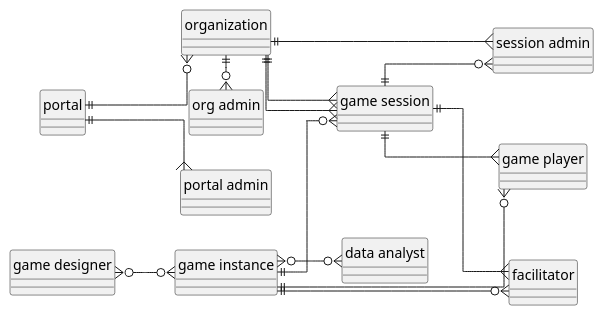
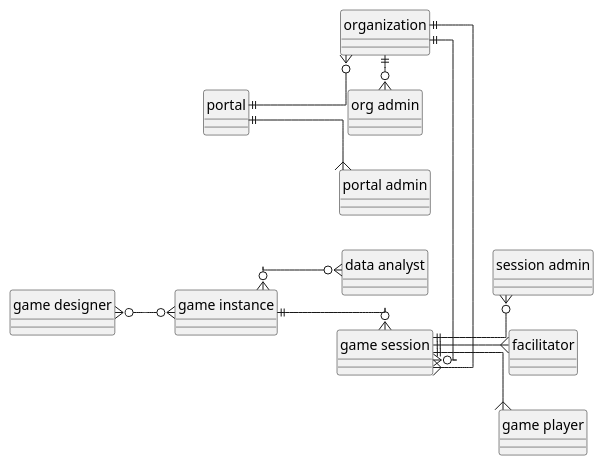
The diagram in doc/1-scope/diagrams/stakeholders.puml (averbraeck/gscg-design), drawn with PlantUML before and after one commit.

Commit message:
Simplified stakeholder diagram

```diff
--- a/doc/1-scope/diagrams/stakeholders.puml
+++ b/doc/1-scope/diagrams/stakeholders.puml
@@ -1,38 +1,35 @@
 @startuml
 
 ' config
 hide circle
 skinparam linetype ortho
 left to right direction
 
 ' objects
 entity "portal" as portal { }
 entity "organization" as organization { }
 entity "game instance" as game { }
 entity "game session" as session { }
 
 entity "portal admin" as padmin { }
 entity "org admin" as oadmin { } 
 entity "session admin" as sadmin { }
 entity "game designer" as designer { }
 entity "facilitator" as facilitator { }
 entity "data analyst" as analyst { }
 entity "game player" as player { }
 
 ' relations
+game ||--o{ session
 portal ||--{ padmin
+portal ||--o{ organization
 organization ||-o{ oadmin
-portal ||--o{ organization
-designer }o--o{ game
-game ||--o{ session
-session }--|| organization
-game ||--o{ player
-game ||--o{ facilitator
-game }o--o{ analyst
+organization ||-o{ session
 session ||--{ player
 session ||--{ facilitator
 session ||--o{ sadmin
-organization ||--{ sadmin
 organization ||--{ session
+designer }o--o{ game
+game }o--o{ analyst
 
 @enduml
```
